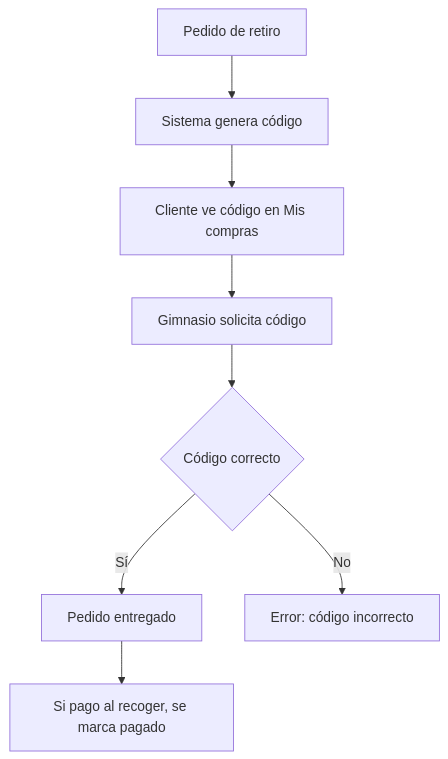
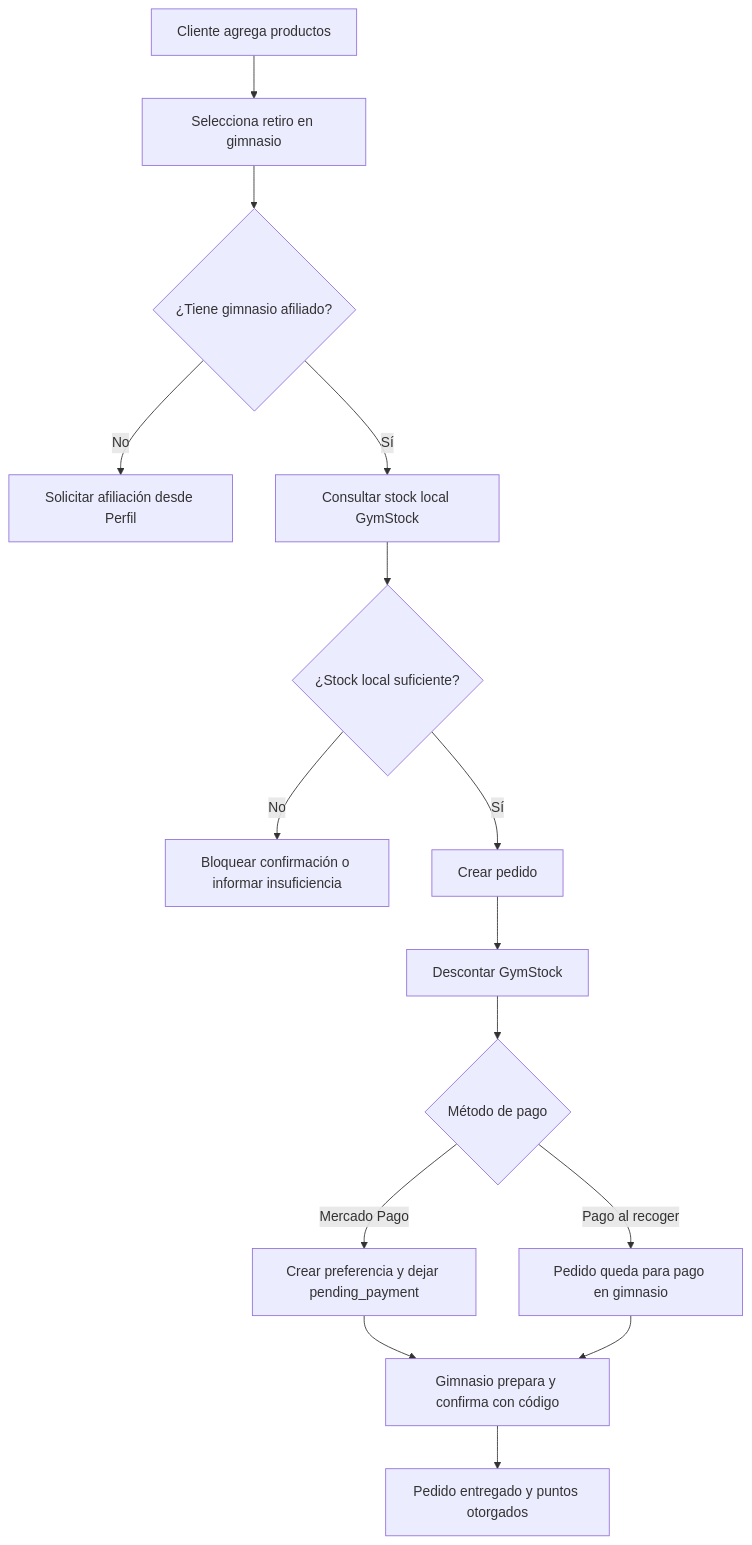
One commit to IvanNario/gymverse changed the fifth of 9 diagrams in documentacion/03_diagramas.md. Above: the diagram before and after it, drawn with Mermaid. The commit also changed other lines of this file and 23 other files, not shown here.

````diff
--- a/documentacion/03_diagramas.md
+++ b/documentacion/03_diagramas.md
@@ -50,10 +72,17 @@
 ```mermaid
 flowchart TD
-    A["Pedido de retiro"] --> B["Sistema genera código"]
-    B --> C["Cliente ve código en Mis compras"]
-    C --> D["Gimnasio solicita código"]
-    D --> E{"Código correcto"}
-    E -->|Sí| F["Pedido entregado"]
-    E -->|No| G["Error: código incorrecto"]
-    F --> H["Si pago al recoger, se marca pagado"]
+  A["Cliente agrega productos"] --> B["Selecciona retiro en gimnasio"]
+  B --> C{"¿Tiene gimnasio afiliado?"}
+  C -->|No| D["Solicitar afiliación desde Perfil"]
+  C -->|Sí| E["Consultar stock local GymStock"]
+  E --> F{"¿Stock local suficiente?"}
+  F -->|No| G["Bloquear confirmación o informar insuficiencia"]
+  F -->|Sí| H["Crear pedido"]
+  H --> I["Descontar GymStock"]
+  I --> J{"Método de pago"}
+  J -->|Mercado Pago| K["Crear preferencia y dejar pending_payment"]
+  J -->|Pago al recoger| L["Pedido queda para pago en gimnasio"]
+  K --> M["Gimnasio prepara y confirma con código"]
+  L --> M
+  M --> N["Pedido entregado y puntos otorgados"]
 ```
````
